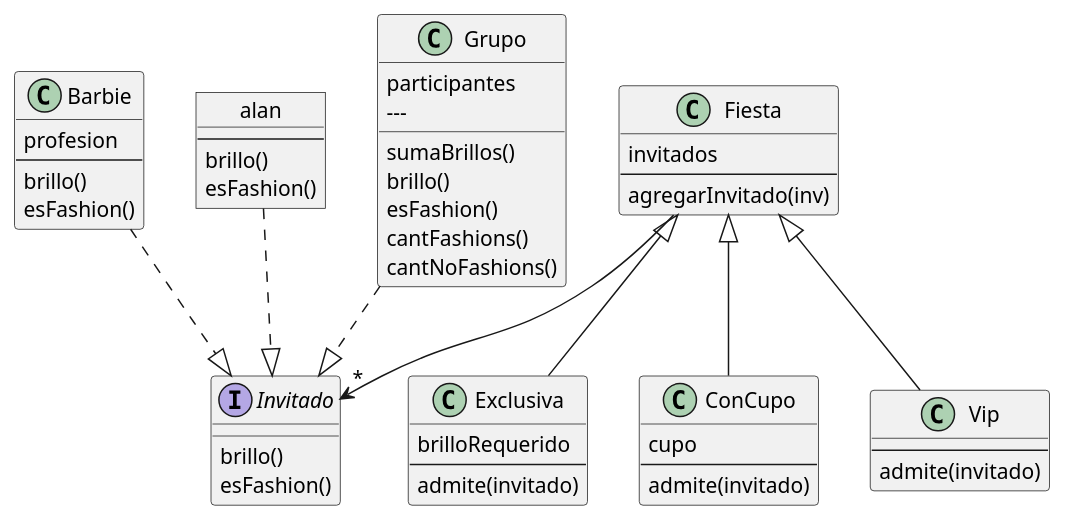
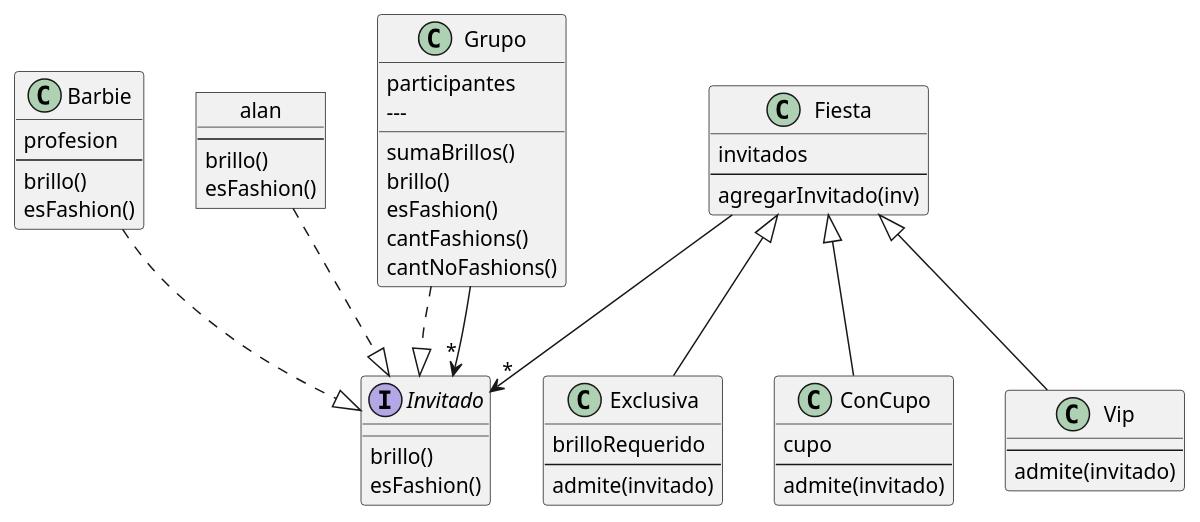
Before and after one commit to pdepman/2026-o-parcialBarbie: the diagram in estatico.puml, drawn with PlantUML. The commit also changed 1 other file, not shown here.

```diff
--- a/estatico.puml
+++ b/estatico.puml
@@ -1,60 +1,61 @@
 @startuml
 
 class Barbie {
   profesion
   ---
   brillo()
   esFashion()
 }
 
 object alan {
   ---
   brillo()
   esFashion()
 }
 
 class Fiesta {
   invitados
   ---
   agregarInvitado(inv)
 }
 
 class Exclusiva extends Fiesta {
   brilloRequerido
   ---
   admite(invitado)
 }
 
 class ConCupo extends Fiesta {
   cupo
   ---
   admite(invitado)
 }
 
 class Vip extends Fiesta {
   ---
   admite(invitado)
 }
 
 class Grupo {
   participantes
   --- 
   sumaBrillos()
   brillo()
   esFashion()
   cantFashions()
   cantNoFashions()
 }
 
 interface Invitado {
     brillo()
     esFashion()
 }
 
 Barbie ..|> Invitado
 alan ..|> Invitado
 Grupo ..|> Invitado
 
 Fiesta -->"*" Invitado
+Grupo -->"*" Invitado
 
 @enduml
```
